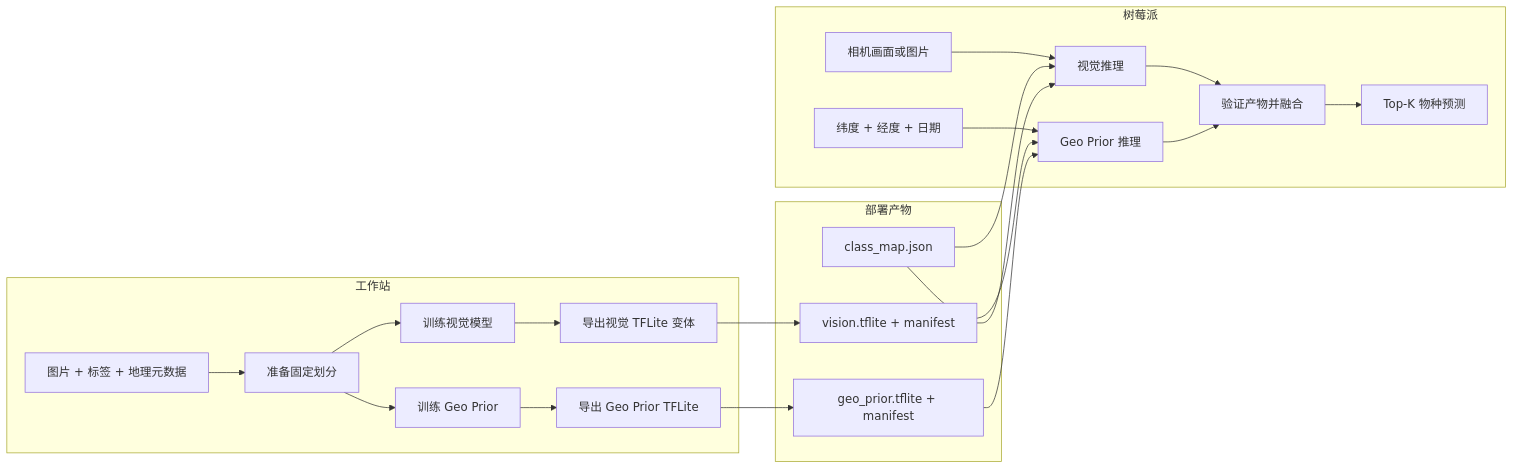
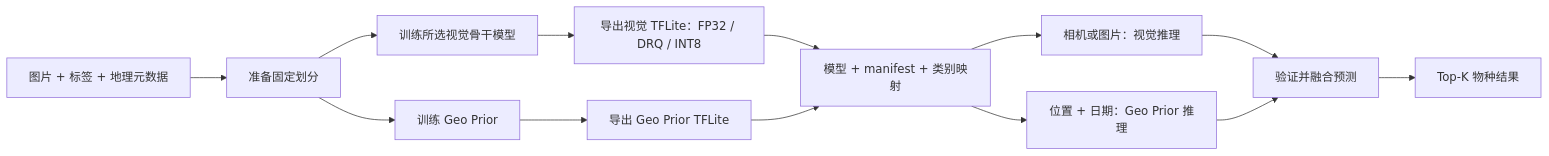
Before and after one commit to winson5566/biodiversity-edge-ai: the diagram in README.zh-CN.md, drawn with Mermaid. The commit also changed other lines of this file and 1 other file, not shown here.

Commit message:
Clarify code layout and workflow diagram

````diff
--- a/README.zh-CN.md
+++ b/README.zh-CN.md
@@ -98,31 +122,15 @@
 ```mermaid
 flowchart LR
-  subgraph WS[工作站]
-    RAW[图片 + 标签 + 地理元数据] --> PREP[准备固定划分]
-    PREP --> VTRAIN[训练视觉模型]
-    PREP --> GTRAIN[训练 Geo Prior]
-    VTRAIN --> VEXPORT[导出视觉 TFLite 变体]
-    GTRAIN --> GEXPORT[导出 Geo Prior TFLite]
-  end
-
-  subgraph ART[部署产物]
-    MAP[class_map.json]
-    VM[vision.tflite + manifest]
-    GM[geo_prior.tflite + manifest]
-  end
-
-  subgraph PI[树莓派]
-    IMAGE[相机画面或图片] --> VINF[视觉推理]
-    META[纬度 + 经度 + 日期] --> GINF[Geo Prior 推理]
-    VINF --> FUSE[验证产物并融合]
-    GINF --> FUSE
-    FUSE --> OUT[Top-K 物种预测]
-  end
-
-  VEXPORT --> VM
-  GEXPORT --> GM
-  MAP --> VINF
-  MAP --> GINF
-  VM --> VINF
-  GM --> GINF
+  RAW[图片 + 标签 + 地理元数据] --> PREP[准备固定划分]
+  PREP --> VTRAIN[训练所选视觉骨干模型]
+  PREP --> GTRAIN[训练 Geo Prior]
+  VTRAIN --> VEXPORT[导出视觉 TFLite：FP32 / DRQ / INT8]
+  GTRAIN --> GEXPORT[导出 Geo Prior TFLite]
+  VEXPORT --> ART[模型 + manifest + 类别映射]
+  GEXPORT --> ART
+  ART --> VINF[相机或图片：视觉推理]
+  ART --> GINF[位置 + 日期：Geo Prior 推理]
+  VINF --> FUSE[验证并融合预测]
+  GINF --> FUSE
+  FUSE --> OUT[Top-K 物种结果]
 ```
````
